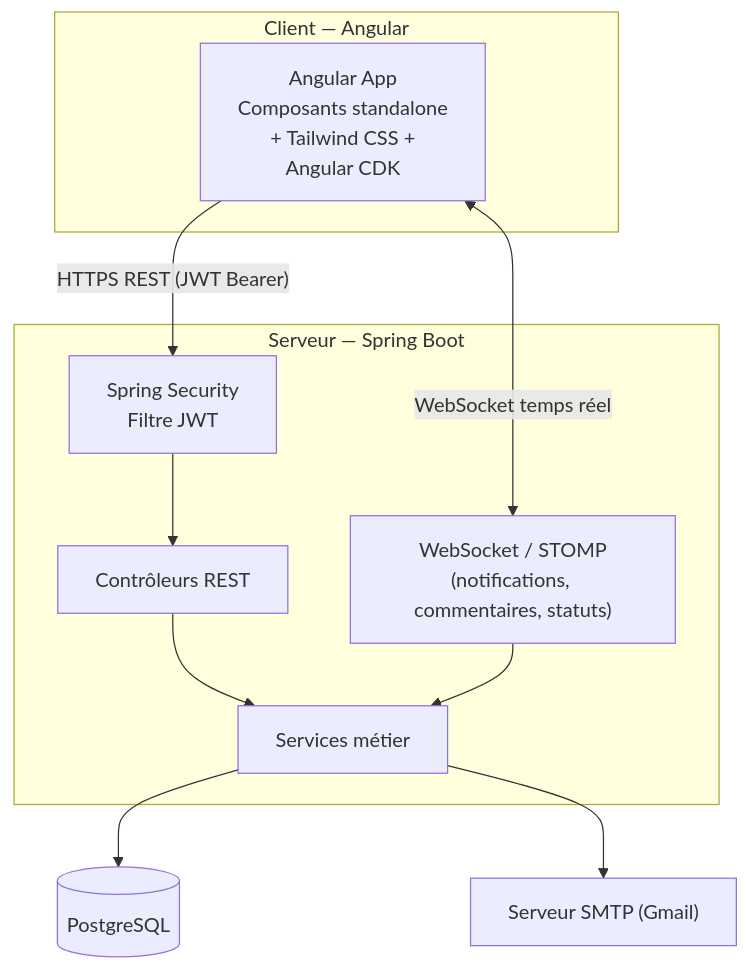
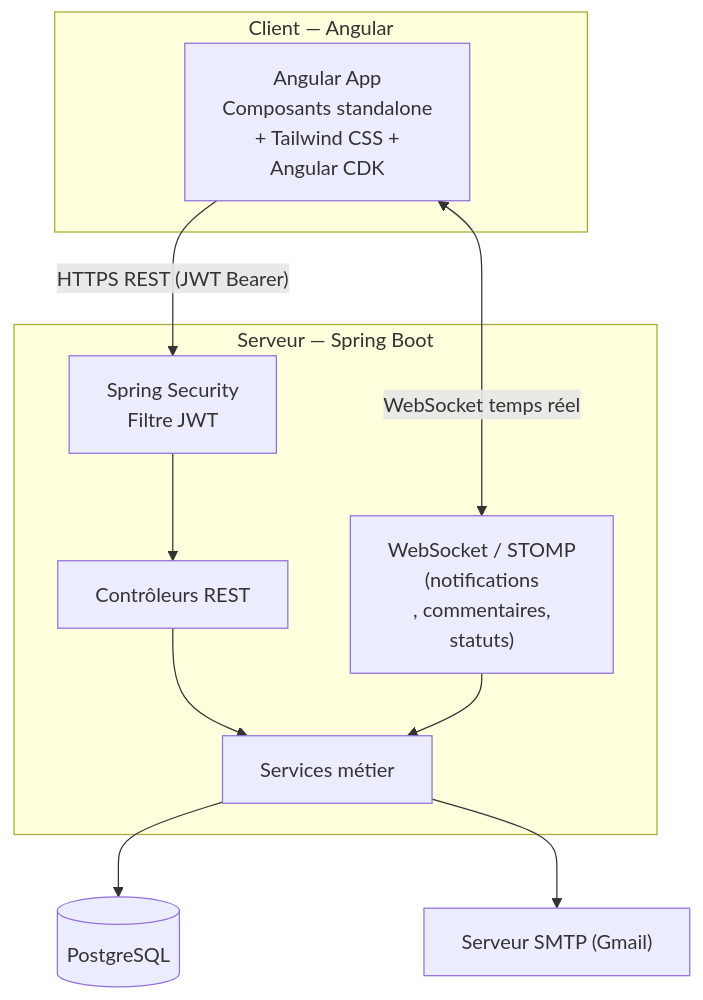
One commit to sghaierchahd9-cmd/CollabHub changed the first of 2 diagrams in README.md. Above: the diagram before and after it, drawn with Mermaid.

Commit message:
Improve formatting of WebSocket description in README
Formatted WebSocket description for better readability.

````diff
--- a/README.md
+++ b/README.md
@@ -87,26 +87,28 @@
 ```mermaid
 graph TB
     subgraph Client["Client — Angular"]
         A["Angular App<br/>Composants standalone
 + Tailwind CSS +
  Angular CDK"]
     end
 
     subgraph Server["Serveur — Spring Boot"]
         SEC["Spring Security<br/>Filtre JWT"]
         CTRL["Contrôleurs REST"]
         SRV["Services métier"]
-        WS["WebSocket / STOMP<br/>(notifications, commentaires, statuts)"]
+        WS["WebSocket / STOMP<br/>(notifications
+, commentaires,
+ statuts)"]
     end
 
     DB[("PostgreSQL")]
     MAIL["Serveur SMTP (Gmail)"]
 
     A -->|"HTTPS REST (JWT Bearer)"| SEC
     SEC --> CTRL
     CTRL --> SRV
     A <-->|"WebSocket temps réel"| WS
     WS --> SRV
     SRV --> DB
     SRV --> MAIL
 ```
````
